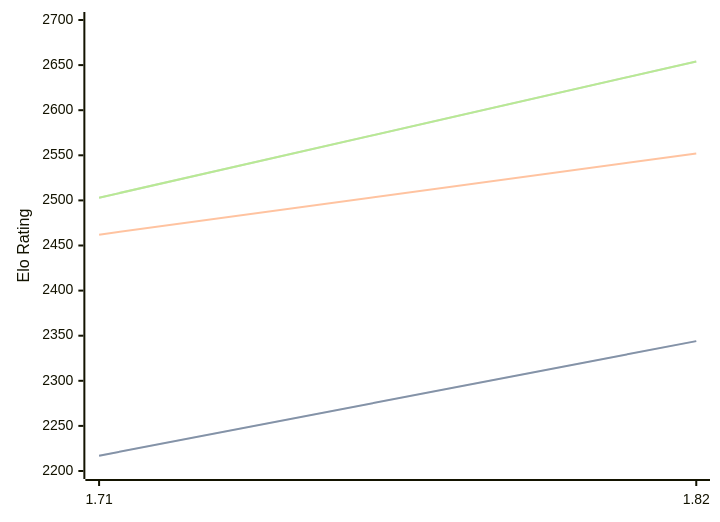
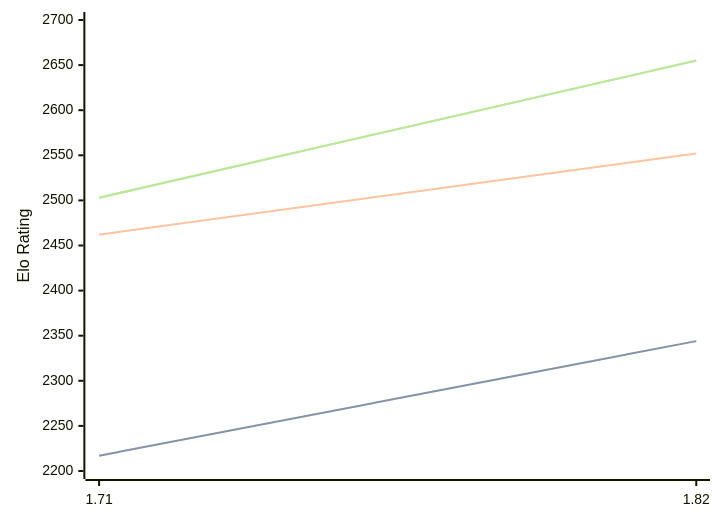
One commit to computer-chess-index/cci changed the diagram in engines/Amira.md. Above: the diagram before and after it, drawn with Mermaid. The commit also changed other lines of this file, not shown here.

Commit message:
Update CCI Ratings (ELO VLTC) - 2026-04-10

````diff
--- a/engines/Amira.md
+++ b/engines/Amira.md
@@ -35,11 +35,11 @@
 ```mermaid
 %%{init: {"theme":"base","themeVariables":{"seriesColors:['#a3a3a3','#222221','#faa371']}}}%%
 xychart-beta
   x-axis ["1.71", "1.82"]
   y-axis "Elo Rating" 2200 --> 2700
   line "STC (8.0+0.08s)" [2217, 2344]
   line "STC (8.0+0.08s)" [2217, 2344]
   line "LTC (60.0+0.60s)" [2462, 2552]
-  line "VLTC (2m24s+1.12s)" [2503, 2654]
-  line "VLTC (2m24s+1.12s)" [2503, 2654]
+  line "VLTC (2m24s+1.12s)" [2503, 2655]
+  line "VLTC (2m24s+1.12s)" [2503, 2655]
 ```
````
